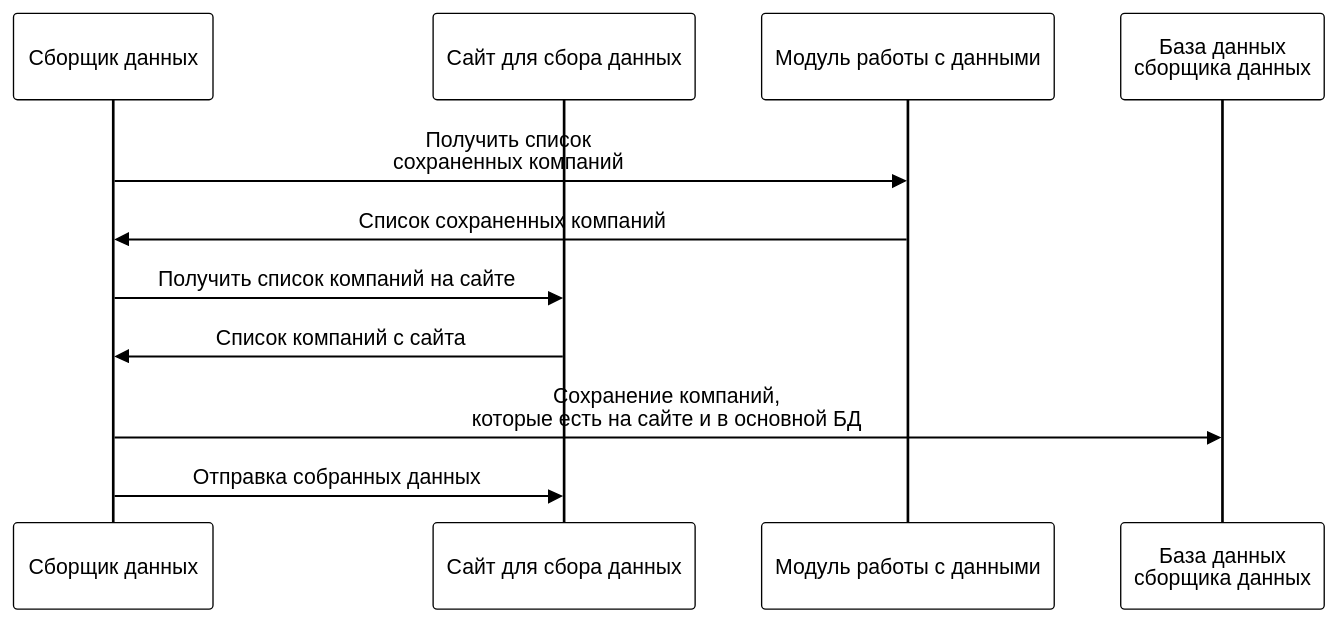
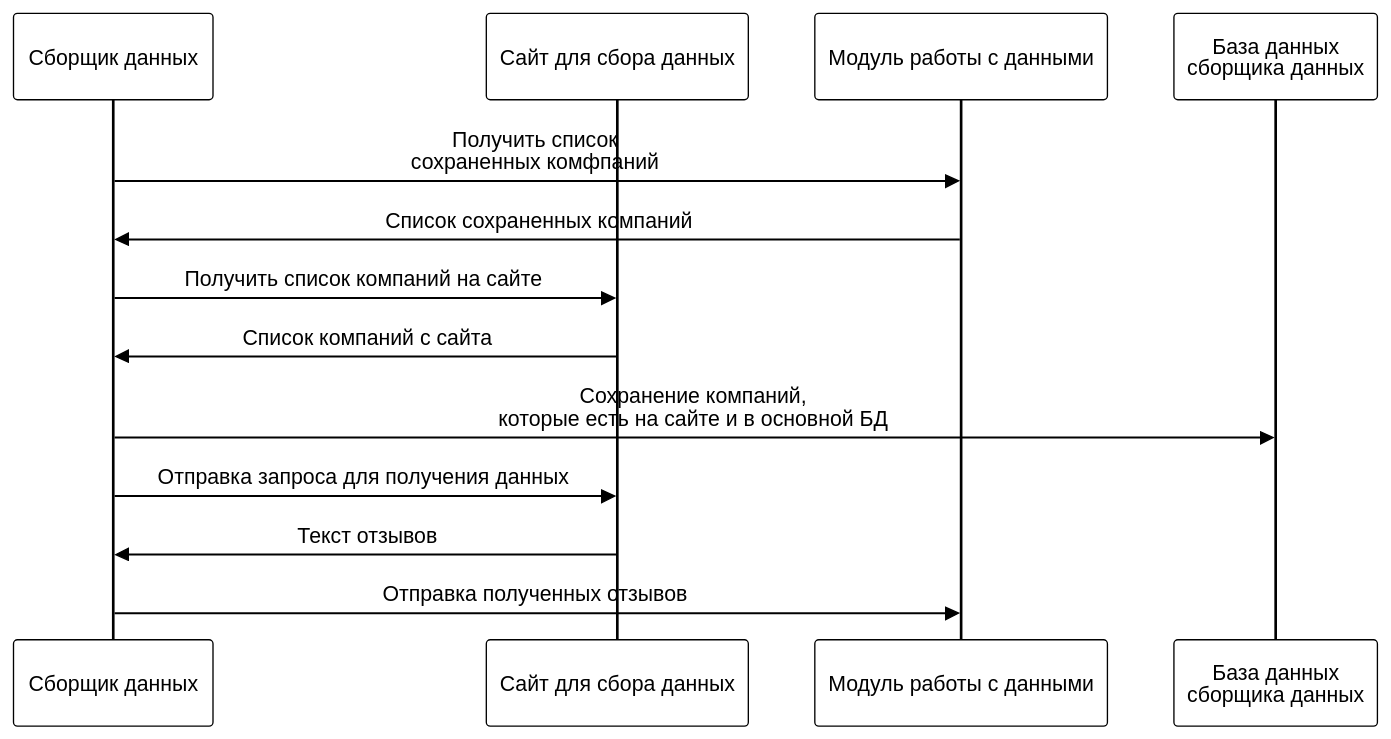
The third of 10 diagrams in docs/vkr.org (dudin-george/ESG_analysis), drawn with Mermaid before and after one commit. The commit also changed other lines of this file and 1 other file, not shown here.

```diff
--- a/docs/vkr.org
+++ b/docs/vkr.org
@@ -505,25 +524,27 @@
 #+begin_src mermaid :exports results :file img/mermaid/parser_flow.png
 %%{
    init: {
      "theme": 'base',
      "themeVariables": {
        "primaryColor": '#FFF',
        "primaryTextColor": '#000',
        "primaryBorderColor": '#000',
        "lineColor": '#FFF'
      }
    }
 }%%
 
 sequenceDiagram
     participant A as Сборщик данных
     participant B as Сайт для сбора данных
     participant API as Модуль работы с данными
     participant DB as База данных<br/>сборщика данных
-    A->>API: Получить список<br/>сохраненных компаний
+    A->>API: Получить список<br/>сохраненных комфпаний
     API->>A: Список сохраненных компаний
     A->>B: Получить список компаний на сайте
     B->>A: Список компаний с сайта
     A->>DB: Сохранение компаний,<br/>которые есть на сайте и в основной БД
-    A->>B: Отправка собранных данных
+    A->>B: Отправка запроса для получения данных
+    B->>A: Текст отзывов
+    A->>API: Отправка полученных отзывов
 #+end_src
```
